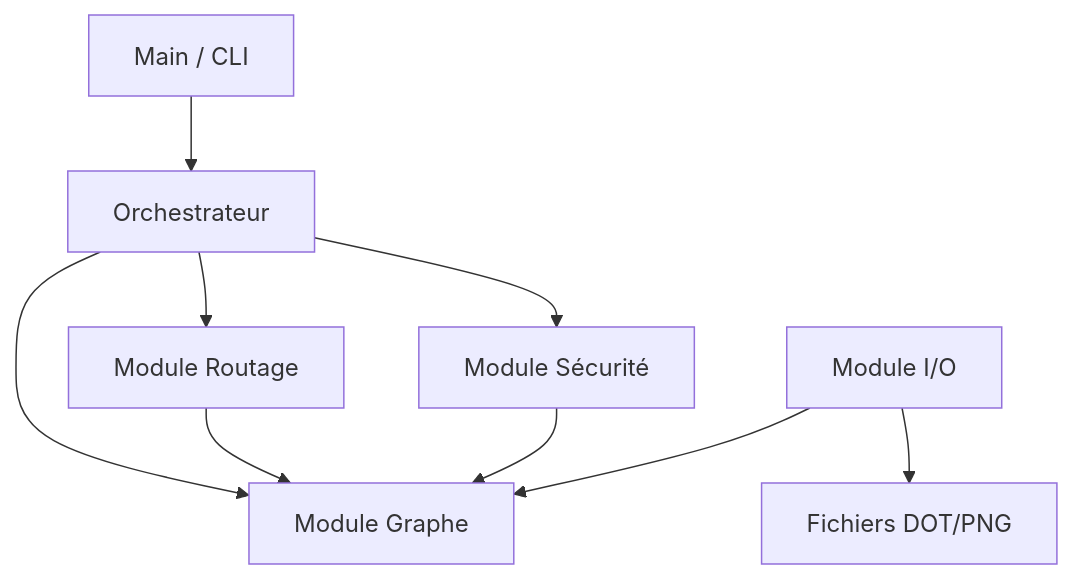
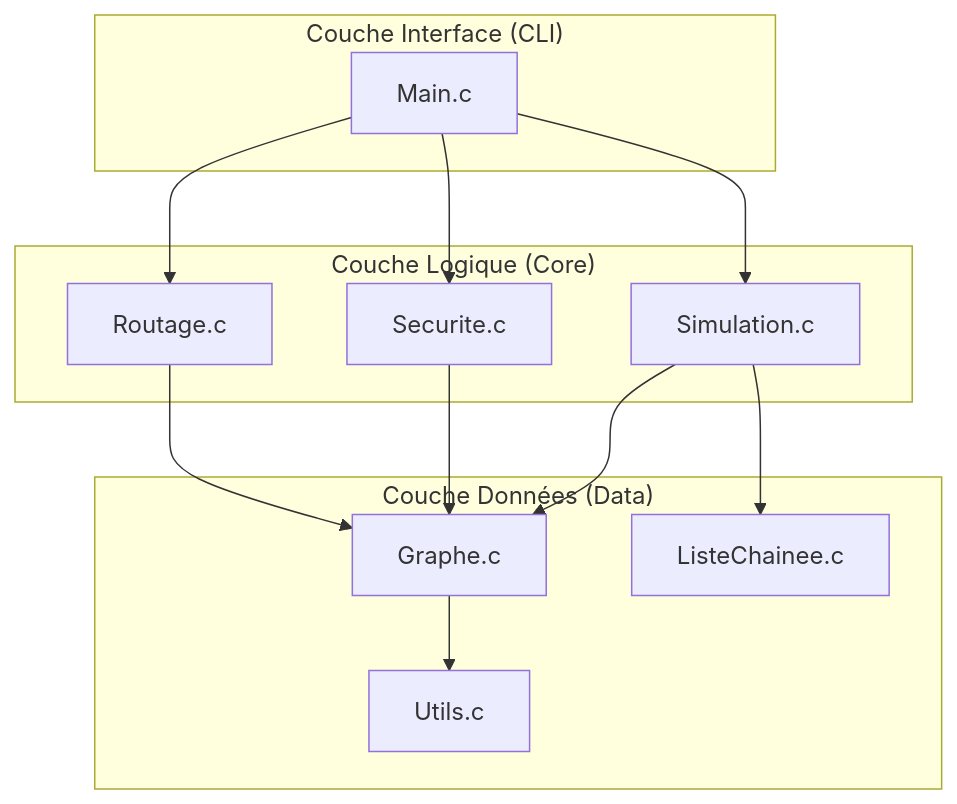
Before and after one commit to EmmanuelDedy/Projet-de-Groupe-Master-UVCI---Syst-me-Intelligent-de-Routage-et-d-Analyse-de-R-seaux: the diagram in README.md, drawn with Mermaid. The commit also changed other lines of this file, not shown here.

````diff
--- a/README.md
+++ b/README.md
@@ -69,11 +101,29 @@
 ```mermaid
 graph TD
-    A[Main / CLI] --> B[Orchestrateur]
-    B --> C[Module Graphe]
-    B --> D[Module Routage]
-    B --> E[Module Sécurité]
-    D --> C
-    E --> C
-    F[Module I/O] --> C
-    F --> G[Fichiers DOT/PNG]
+    subgraph "Couche Interface (CLI)"
+        MAIN[Main.c]
+    end
+    
+    subgraph "Couche Logique (Core)"
+        ROUT[Routage.c]
+        SEC[Securite.c]
+        SIM[Simulation.c]
+    end
+    
+    subgraph "Couche Données (Data)"
+        GRAPH[Graphe.c]
+        LIST[ListeChainee.c]
+        IO[Utils.c]
+    end
+
+    MAIN --> ROUT
+    MAIN --> SEC
+    MAIN --> SIM
+    
+    ROUT --> GRAPH
+    SEC --> GRAPH
+    SIM --> LIST
+    SIM --> GRAPH
+    
+    GRAPH --> IO
 ```
````
